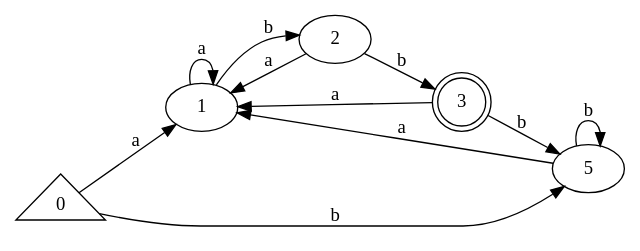
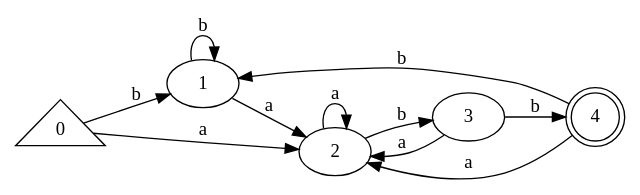
One commit to guillermoSb/UVG_Compis1_Lab changed the diagram in automaton.gv. Above: the diagram before and after it, drawn with Graphviz. The commit also changed 4 other files, not shown here.

```diff
--- a/automaton.gv
+++ b/automaton.gv
@@ -1,18 +1,18 @@
 digraph {
 	graph [rankdir=LR]
 	0 [shape=triangle]
 	1
 	2
-	3 [shape=doublecircle]
-	5
-	0 -> 5 [label=b]
-	0 -> 1 [label=a]
-	1 -> 2 [label=b]
-	1 -> 1 [label=a]
+	3
+	4 [shape=doublecircle]
+	0 -> 2 [label=a]
+	0 -> 1 [label=b]
+	1 -> 2 [label=a]
+	1 -> 1 [label=b]
+	2 -> 2 [label=a]
 	2 -> 3 [label=b]
-	2 -> 1 [label=a]
-	3 -> 5 [label=b]
-	3 -> 1 [label=a]
-	5 -> 5 [label=b]
-	5 -> 1 [label=a]
+	3 -> 2 [label=a]
+	3 -> 4 [label=b]
+	4 -> 2 [label=a]
+	4 -> 1 [label=b]
 }
```
